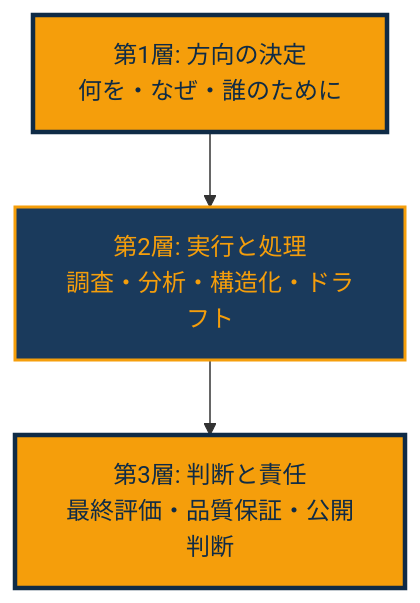
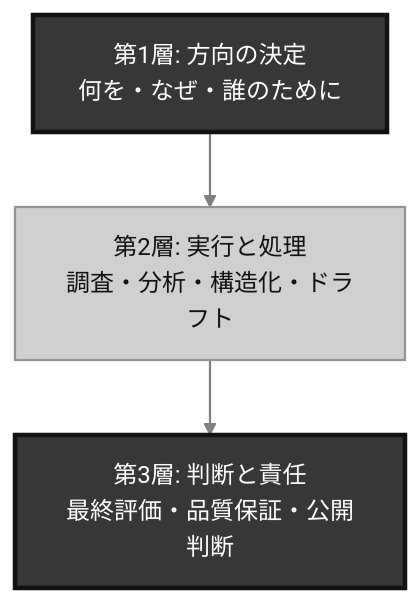
Before and after one commit to Leading-AI-IO/the-10-80-10-principle: the first of 11 diagrams in docs/jp/the_10_80_10_principle_JP.md, drawn with Mermaid. The commit also changed other lines of this file, not shown here.

````diff
--- a/docs/jp/the_10_80_10_principle_JP.md
+++ b/docs/jp/the_10_80_10_principle_JP.md
@@ -118,9 +118,11 @@
 ```mermaid
+%%{init: {'theme':'base','themeVariables':{'fontFamily':'Helvetica, Arial, sans-serif','lineColor':'#7f8082','primaryTextColor':'#111213','clusterBkg':'#fafafa','clusterBorder':'#b6b7b8','titleColor':'#363738','edgeLabelBackground':'#ffffff'}}}%%
 graph TB
     L1["第1層: 方向の決定<br/>何を・なぜ・誰のために"] --> L2["第2層: 実行と処理<br/>調査・分析・構造化・ドラフト"]
     L2 --> L3["第3層: 判断と責任<br/>最終評価・品質保証・公開判断"]
 
-    style L1 fill:#f59e0b,stroke:#0f2b46,color:#0f2b46,stroke-width:3px
-    style L2 fill:#1a3a5c,stroke:#f59e0b,color:#f59e0b,stroke-width:2px
-    style L3 fill:#f59e0b,stroke:#0f2b46,color:#0f2b46,stroke-width:3px
+    style L1 fill:#363738,stroke:#111213,color:#ffffff,stroke-width:3px
+    style L2 fill:#d0d0d1,stroke:#959596,color:#111213,stroke-width:1.5px
+    style L3 fill:#363738,stroke:#111213,color:#ffffff,stroke-width:3px
+    linkStyle default stroke:#7f8082,stroke-width:1.5px
 ```
````
